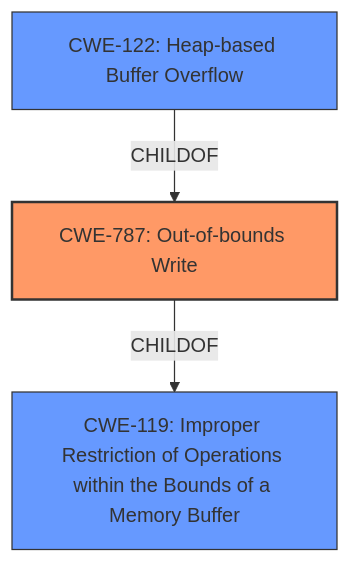
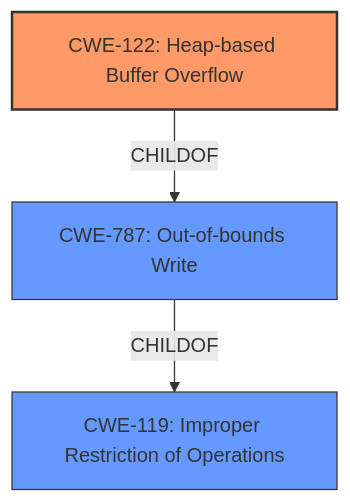
The diagram in CVE-2021-21017/CVE-2021-21017_analysis.md (CyberSecAI/cwe_agent_assign_reports_2023), drawn with Mermaid before and after one commit. The commit also changed other lines of this file and 902 other files, not shown here.

````diff
--- a/CVE-2021-21017/CVE-2021-21017_analysis.md
+++ b/CVE-2021-21017/CVE-2021-21017_analysis.md
@@ -18,15 +18,15 @@
 ```mermaid
 graph TD
+    cwe122["CWE-122: Heap-based Buffer Overflow"]
     cwe787["CWE-787: Out-of-bounds Write"]
-    cwe119["CWE-119: Improper Restriction of Operations within the Bounds of a Memory Buffer"]
-    cwe122["CWE-122: Heap-based Buffer Overflow"]
+    cwe119["CWE-119: Improper Restriction of Operations"]
     
+    cwe122 -->|CHILDOF| cwe787
     cwe787 -->|CHILDOF| cwe119
-    cwe122 -->|CHILDOF| cwe787
     
     classDef primary fill:#f96,stroke:#333,stroke-width:2px
     classDef secondary fill:#69f,stroke:#333
     classDef tertiary fill:#9e9,stroke:#333
-    class cwe787 primary
-    class cwe122,cwe119 secondary
+    class cwe122 primary
+    class cwe787,cwe119 secondary
 ```
````
